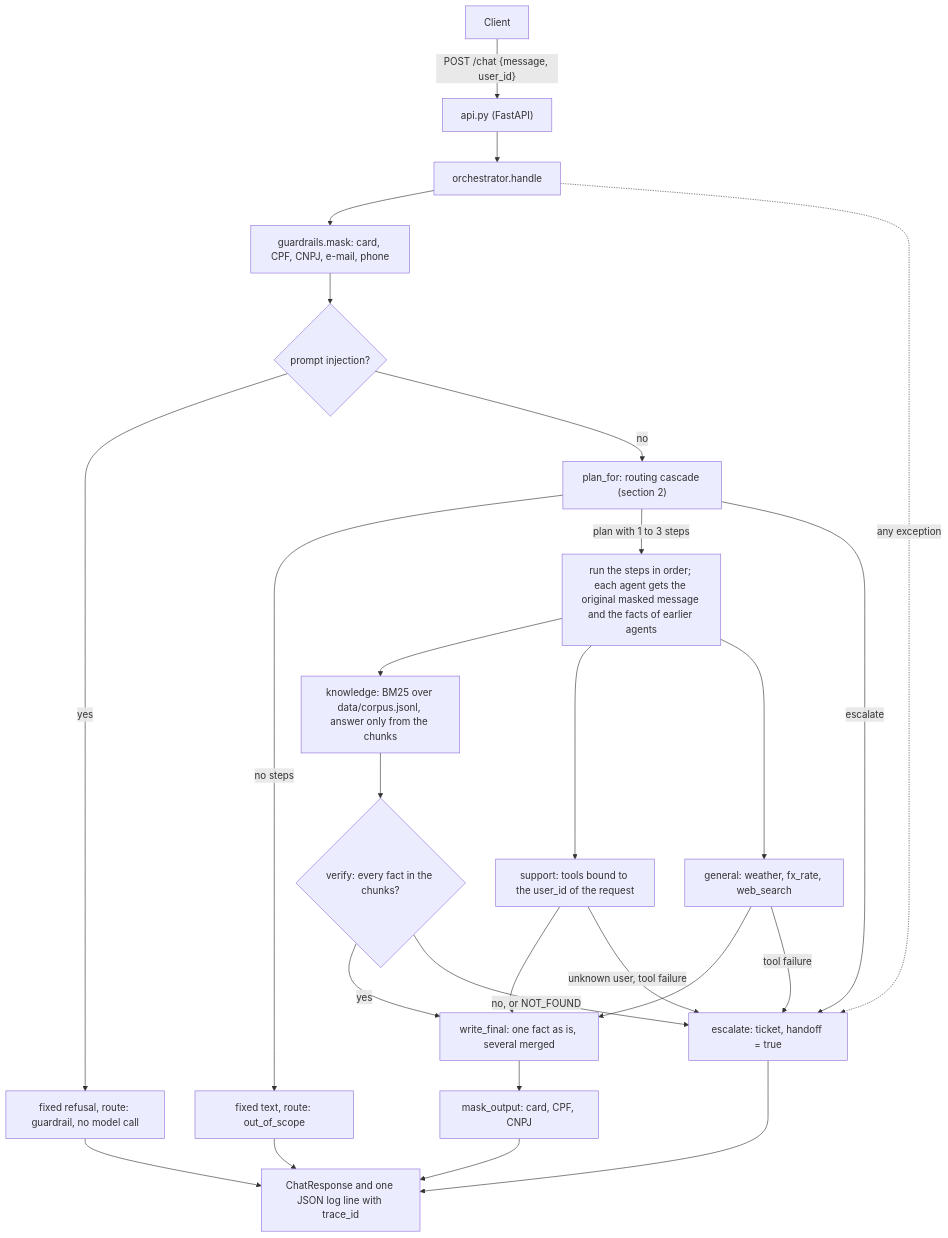
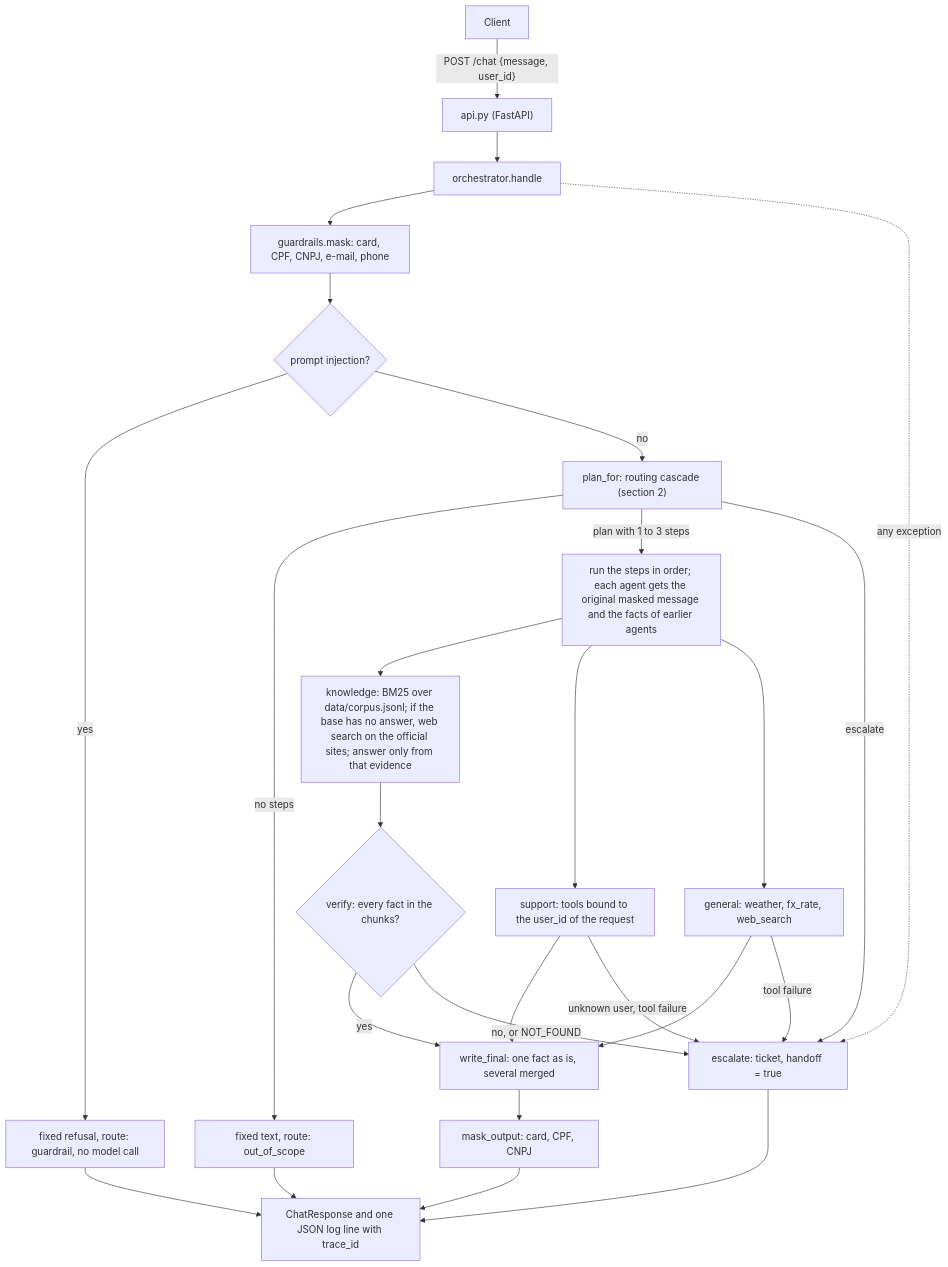
Before and after one commit to dev-dna/getnet-task: the first of 2 diagrams in docs/architecture.md, drawn with Mermaid. The commit also changed 6 other files, not shown here.

First line of the commit message:
docs: web search in the knowledge agent, request deadline, weather reserve, pinned image, verifier cascade

````diff
--- a/docs/architecture.md
+++ b/docs/architecture.md
@@ -7,28 +7,28 @@
 ```mermaid
 flowchart TD
     C["Client"] -->|"POST /chat {message, user_id}"| API["api.py (FastAPI)"]
     API --> H["orchestrator.handle"]
     H --> M["guardrails.mask: card, CPF, CNPJ, e-mail, phone"]
     M --> I{"prompt injection?"}
     I -- yes --> REF["fixed refusal, route: guardrail, no model call"]
     I -- no --> P["plan_for: routing cascade (section 2)"]
     P -- "no steps" --> OOS["fixed text, route: out_of_scope"]
     P -- "plan with 1 to 3 steps" --> RUN["run the steps in order; each agent gets the original masked message and the facts of earlier agents"]
-    RUN --> K["knowledge: BM25 over data/corpus.jsonl, answer only from the chunks"]
+    RUN --> K["knowledge: BM25 over data/corpus.jsonl; if the base has no answer, web search on the official sites; answer only from that evidence"]
     RUN --> S["support: tools bound to the user_id of the request"]
     RUN --> G["general: weather, fx_rate, web_search"]
     K --> V{"verify: every fact in the chunks?"}
     V -- yes --> W["write_final: one fact as is, several merged"]
     S --> W
     G --> W
     V -- "no, or NOT_FOUND" --> E["escalate: ticket, handoff = true"]
     S -- "unknown user, tool failure" --> E
     G -- "tool failure" --> E
     P -- "escalate" --> E
     H -. "any exception" .-> E
     W --> MO["mask_output: card, CPF, CNPJ"]
     MO --> R["ChatResponse and one JSON log line with trace_id"]
     E --> R
     REF --> R
     OOS --> R
 ```
````
